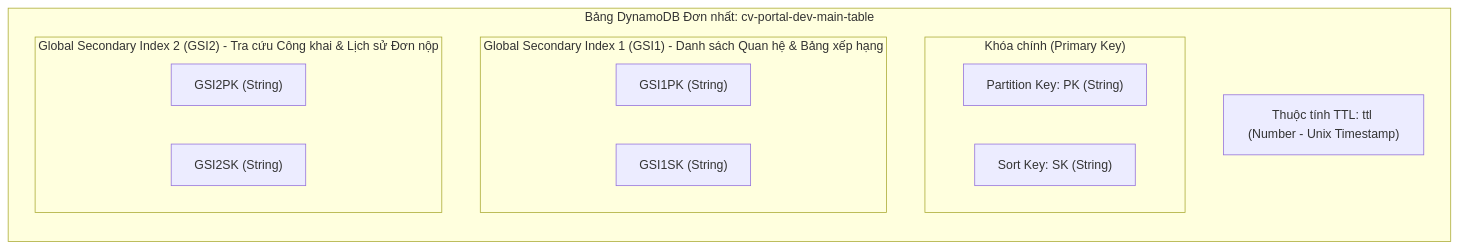
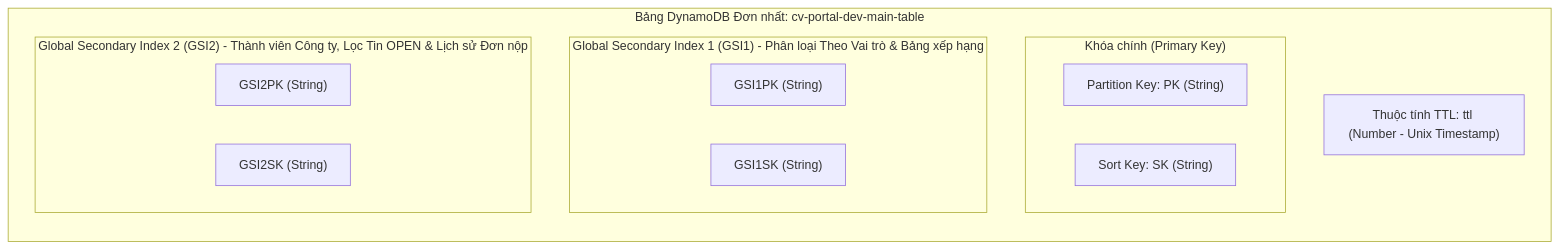
One commit to NguyenThanhTin235/aws-ai-cv-screening changed the first of 3 diagrams in docs/software/03-database-design.md. Above: the diagram before and after it, drawn with Mermaid. The commit also changed other lines of this file and 4 other files, not shown here.

````diff
--- a/docs/software/03-database-design.md
+++ b/docs/software/03-database-design.md
@@ -25,19 +25,19 @@
 ```mermaid
 graph TD
     subgraph SingleTable["Bảng DynamoDB Đơn nhất: cv-portal-dev-main-table"]
         direction TB
         subgraph PrimaryKey["Khóa chính (Primary Key)"]
             PK["Partition Key: PK (String)"]
             SK["Sort Key: SK (String)"]
         end
-        subgraph GSI1Sec["Global Secondary Index 1 (GSI1) - Danh sách Quan hệ & Bảng xếp hạng"]
+        subgraph GSI1Sec["Global Secondary Index 1 (GSI1) - Phân loại Theo Vai trò & Bảng xếp hạng"]
             G1PK["GSI1PK (String)"]
             G1SK["GSI1SK (String)"]
         end
-        subgraph GSI2Sec["Global Secondary Index 2 (GSI2) - Tra cứu Công khai & Lịch sử Đơn nộp"]
+        subgraph GSI2Sec["Global Secondary Index 2 (GSI2) - Thành viên Công ty, Lọc Tin OPEN & Lịch sử Đơn nộp"]
             G2PK["GSI2PK (String)"]
             G2SK["GSI2SK (String)"]
         end
         TTLAttr["Thuộc tính TTL: ttl (Number - Unix Timestamp)"]
     end
 ```
````
